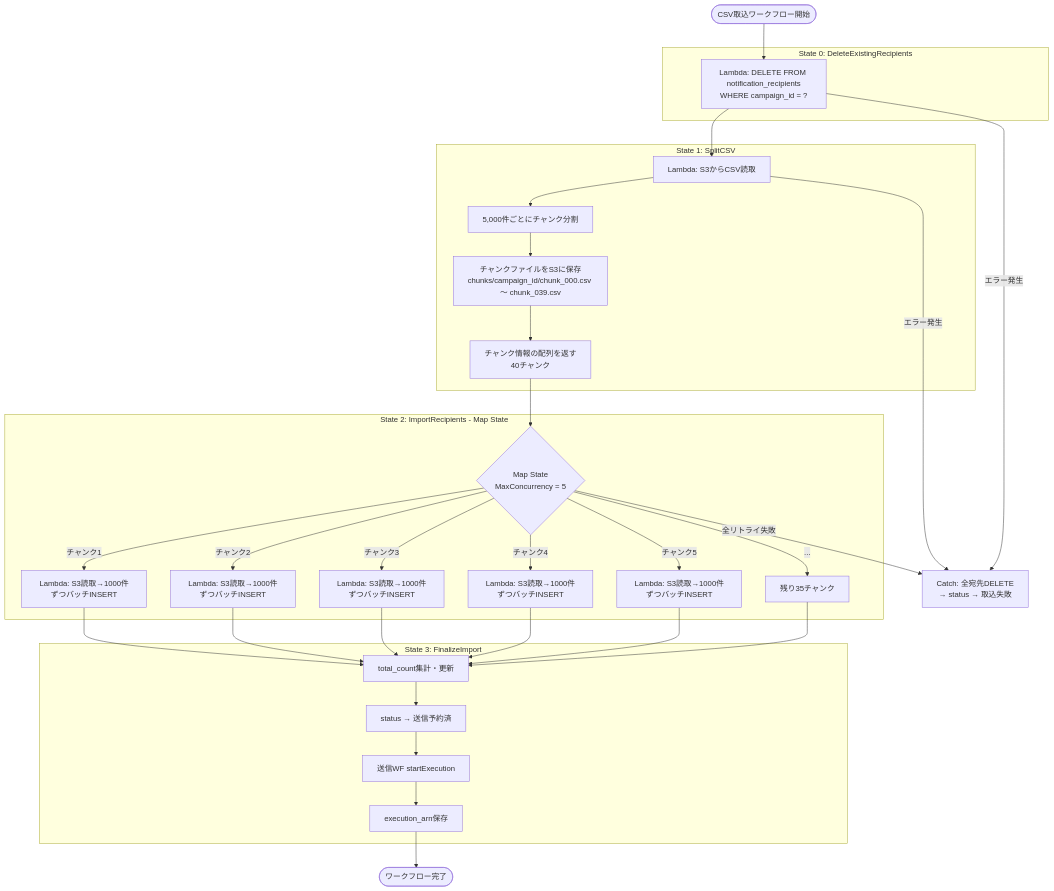
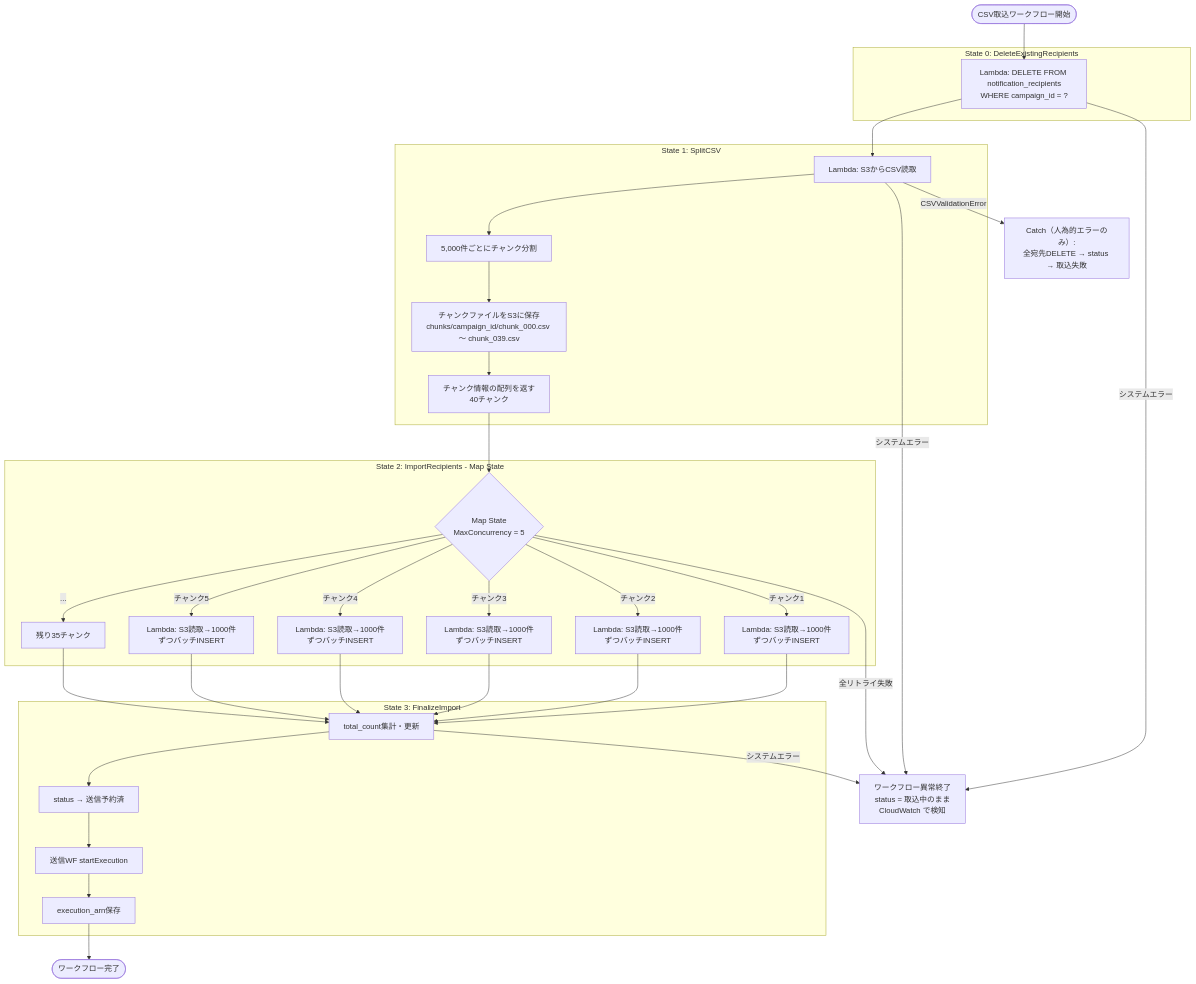
Before and after one commit to muratariku0903/mass-emailing: the second of 2 diagrams in docs/01-registration-flow.md, drawn with Mermaid. The commit also changed other lines of this file and 2 other files, not shown here.

````diff
--- a/docs/01-registration-flow.md
+++ b/docs/01-registration-flow.md
@@ -95,44 +95,47 @@
 ```mermaid
 flowchart TD
     START([CSV取込ワークフロー開始]) --> S0
 
     subgraph State0 [State 0: DeleteExistingRecipients]
         S0["Lambda: DELETE FROM notification_recipients<br/>WHERE campaign_id = ?"]
     end
 
     S0 --> S1
 
     subgraph State1 [State 1: SplitCSV]
         S1[Lambda: S3からCSV読取]
         S1 --> S1_2[5,000件ごとにチャンク分割]
         S1_2 --> S1_3["チャンクファイルをS3に保存<br/>chunks/campaign_id/chunk_000.csv 〜 chunk_039.csv"]
         S1_3 --> S1_4[チャンク情報の配列を返す<br/>40チャンク]
     end
 
     S1_4 --> S2
 
     subgraph State2 [State 2: ImportRecipients - Map State]
         S2{Map State<br/>MaxConcurrency = 5}
         S2 --> |チャンク1| L1["Lambda: S3読取→1000件ずつバッチINSERT"]
         S2 --> |チャンク2| L2["Lambda: S3読取→1000件ずつバッチINSERT"]
         S2 --> |チャンク3| L3["Lambda: S3読取→1000件ずつバッチINSERT"]
         S2 --> |チャンク4| L4["Lambda: S3読取→1000件ずつバッチINSERT"]
         S2 --> |チャンク5| L5["Lambda: S3読取→1000件ずつバッチINSERT"]
         S2 --> |...| L6[残り35チャンク]
     end
 
     L1 & L2 & L3 & L4 & L5 & L6 --> S3
 
     subgraph State3 [State 3: FinalizeImport]
         S3[total_count集計・更新]
         S3 --> S3_2[status → 送信予約済]
         S3_2 --> S3_3[送信WF startExecution]
         S3_3 --> S3_4[execution_arn保存]
     end
 
     S3_4 --> END([ワークフロー完了])
 
-    S0 --> |エラー発生| ERR["Catch: 全宛先DELETE<br/>→ status → 取込失敗"]
-    S1 --> |エラー発生| ERR
-    S2 --> |全リトライ失敗| ERR
+    S1 --> |CSVValidationError| ERR["Catch（人為的エラーのみ）:<br/>全宛先DELETE → status → 取込失敗"]
+
+    S0 --> |システムエラー| SYS_ERR["ワークフロー異常終了<br/>status = 取込中のまま<br/>CloudWatch で検知"]
+    S1 --> |システムエラー| SYS_ERR
+    S2 --> |全リトライ失敗| SYS_ERR
+    S3 --> |システムエラー| SYS_ERR
 ```
````
